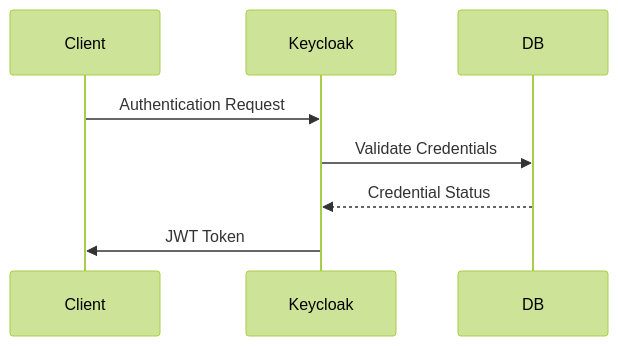
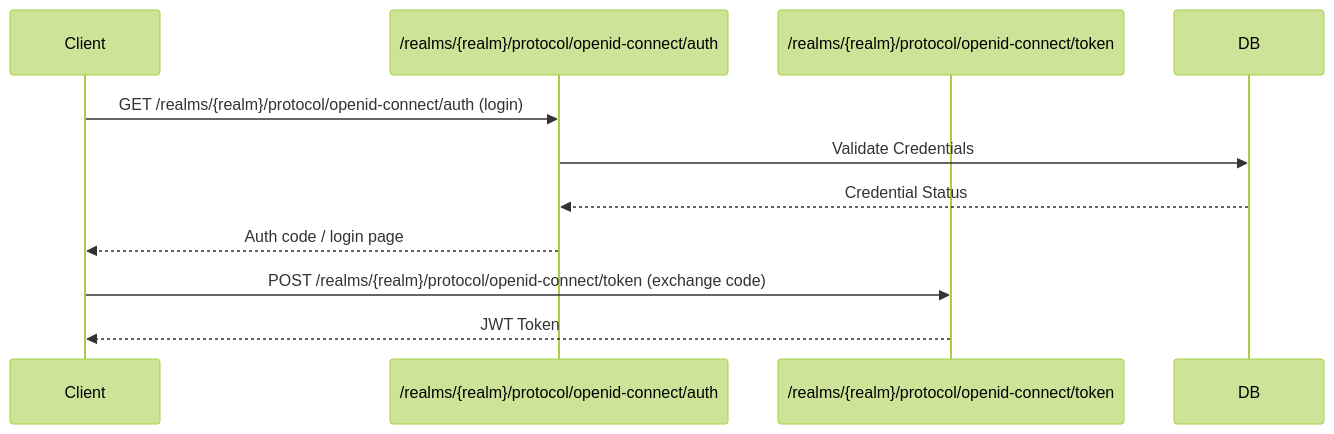
Before and after one commit to gitmujoshi/cms: the first of 11 diagrams in iam-system/docs/DESIGN.md, drawn with Mermaid (forest theme). The commit also changed other lines of this file, not shown here.

````diff
--- a/iam-system/docs/DESIGN.md
+++ b/iam-system/docs/DESIGN.md
@@ -11,11 +11,15 @@
 ```mermaid
 sequenceDiagram
     participant Client
-    participant Keycloak
+    participant AuthEndpoint as /realms/{realm}/protocol/openid-connect/auth
+    participant TokenEndpoint as /realms/{realm}/protocol/openid-connect/token
     participant DB
-    
-    Client->>Keycloak: Authentication Request
-    Keycloak->>DB: Validate Credentials
-    DB-->>Keycloak: Credential Status
-    Keycloak->>Client: JWT Token
+
+    Client->>AuthEndpoint: GET /realms/{realm}/protocol/openid-connect/auth (login)
+    AuthEndpoint->>DB: Validate Credentials
+    DB-->>AuthEndpoint: Credential Status
+    AuthEndpoint-->>Client: Auth code / login page
+
+    Client->>TokenEndpoint: POST /realms/{realm}/protocol/openid-connect/token (exchange code)
+    TokenEndpoint-->>Client: JWT Token
 ```
````
